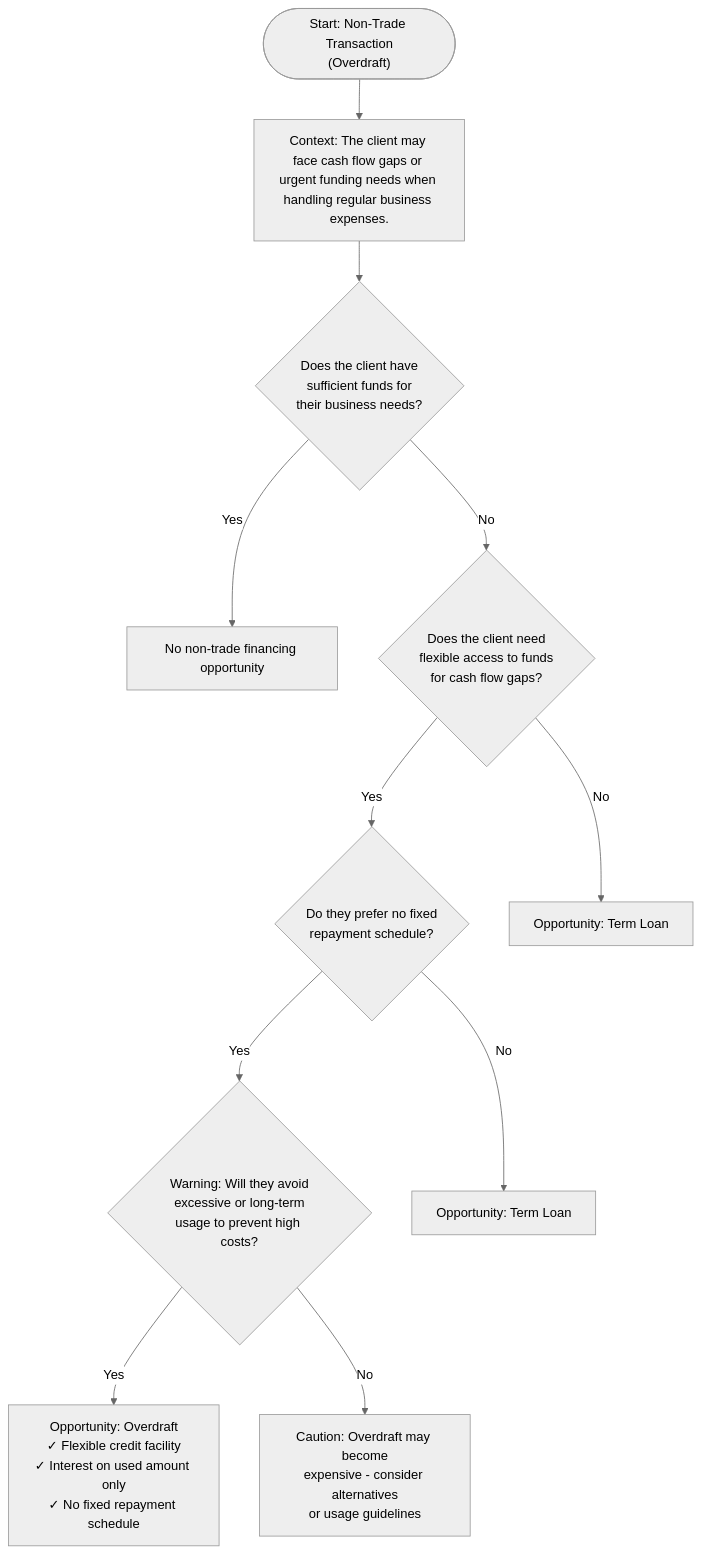
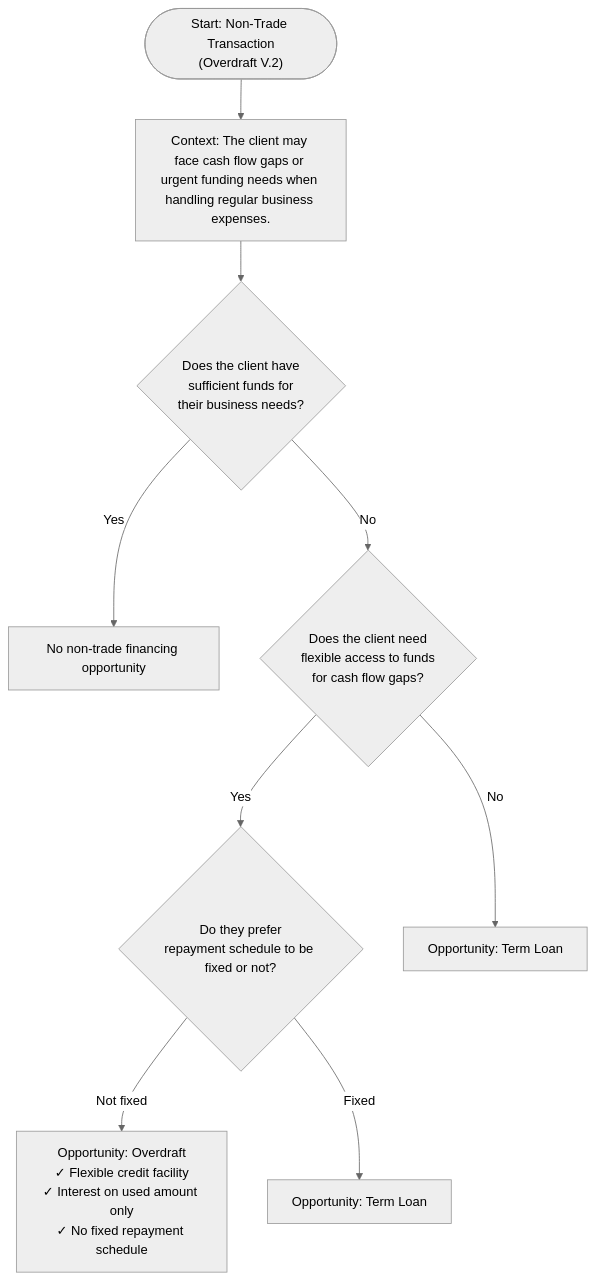
The diagram in tvc_decision_trees/loans_non_trade_trees/loans_non_trade_tree.md (sage-develop/why), drawn with Mermaid (neutral theme) before and after one commit. The commit also changed 2 other files, not shown here.

Commit message:
update wordings

````diff
--- a/tvc_decision_trees/loans_non_trade_trees/loans_non_trade_tree.md
+++ b/tvc_decision_trees/loans_non_trade_trees/loans_non_trade_tree.md
@@ -29,13 +29,11 @@
 ```mermaid
 flowchart TD
-    Start(["Start: Non-Trade Transaction<br>(Overdraft)"]) --> Context["Context: The client may face cash flow gaps or urgent funding needs when handling regular business expenses."]
+    Start(["Start: Non-Trade Transaction<br>(Overdraft V.2)"]) --> Context["Context: The client may face cash flow gaps or urgent funding needs when handling regular business expenses."]
     Context --> Q0{"Does the client have<br>sufficient funds for<br>their business needs?"}
     Q0 -- Yes --> NoLoan["No non-trade financing opportunity"]
     Q0 -- No --> Q1{"Does the client need<br>flexible access to funds<br>for cash flow gaps?"}
-    Q1 -- Yes --> Q2{"Do they prefer no fixed<br>repayment schedule?"}
+    Q1 -- Yes --> Q2{"Do they prefer<br>repayment schedule to be fixed or not?"}
     Q1 -- No --> NotSuitable1["Opportunity: Term Loan<br>"]
-    Q2 -- Yes --> Warning{"Warning: Will they avoid<br>excessive or long-term<br>usage to prevent high costs?"}
-    Q2 -- No --> NotSuitable2["Opportunity: Term Loan<br>"]
-    Warning -- Yes --> Overdraft["Opportunity: Overdraft<br>✓ Flexible credit facility<br>✓ Interest on used amount only<br>✓ No fixed repayment schedule"]
-    Warning -- No --> Caution["Caution: Overdraft may become<br>expensive - consider alternatives<br>or usage guidelines"]
+    Q2 -- Not fixed --> Warning@{ label: "Opportunity: Overdraft<br style=\"--tw-scale-x:\">✓ Flexible credit facility<br style=\"--tw-scale-x:\">✓ Interest on used amount only<br style=\"--tw-scale-x:\">✓ No fixed repayment schedule" }
+    Q2 -- Fixed --> NotSuitable2["Opportunity: Term Loan<br>"]
 ```
````
